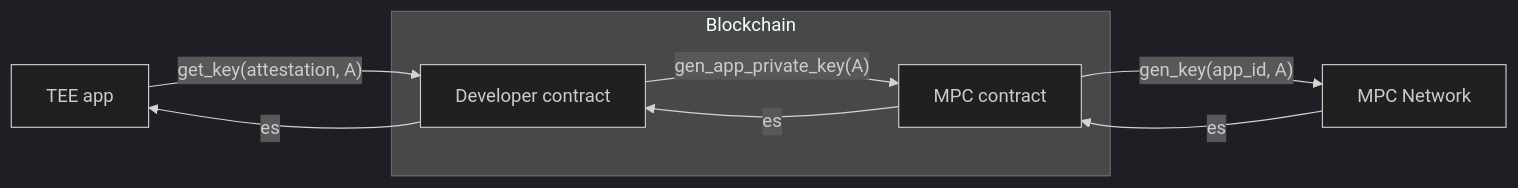
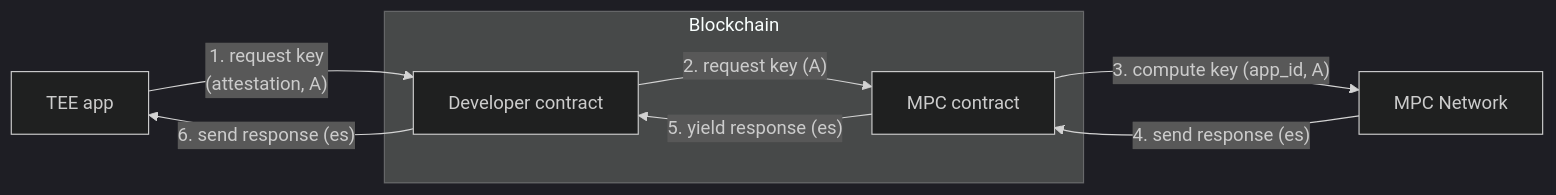
The diagram in docs/confidential_key_derivation.md (near/mpc), drawn with Mermaid (dark theme) before and after one commit. The commit also changed other lines of this file, not shown here.

Commit message:
docs: make app_id auth and security assumptions more explicit (#96)

````diff
--- a/docs/confidential_key_derivation.md
+++ b/docs/confidential_key_derivation.md
@@ -39,10 +39,11 @@
 ```mermaid
 flowchart LR
-    TEEapp[TEE app] -->|"`get_key(attestation, A)`"| DevC[Developer contract]
+    TEEapp[TEE app] -->|"`1\. request key
+     (attestation, A)`"| DevC[Developer contract]
     subgraph Blockchain
-    DevC -->|"`gen\_app\_private\_key(A)`"| MPCC[MPC contract]
+    DevC -->|"`2\. request key (A)`"| MPCC[MPC contract]
     end
-    MPCC -->|"`gen\_key(app_id, A)`"| MPCN[MPC Network]
-    MPCN -->|"`es`"| MPCC -->|"`es`"| DevC -->|"`es`"| TEEapp
+    MPCC -->|"`3\. compute key (app_id, A)`"| MPCN[MPC Network]
+    MPCN -->|"`4\. send response (es)`"| MPCC -->|"`5\. yield response (es)`"| DevC -->|"`6\. send response (es)`"| TEEapp
 
 ```
````
